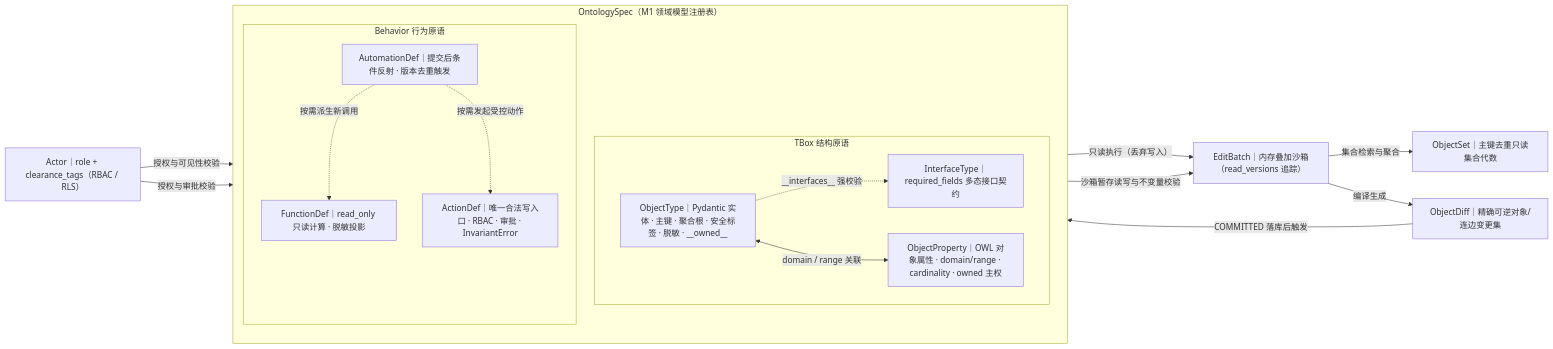
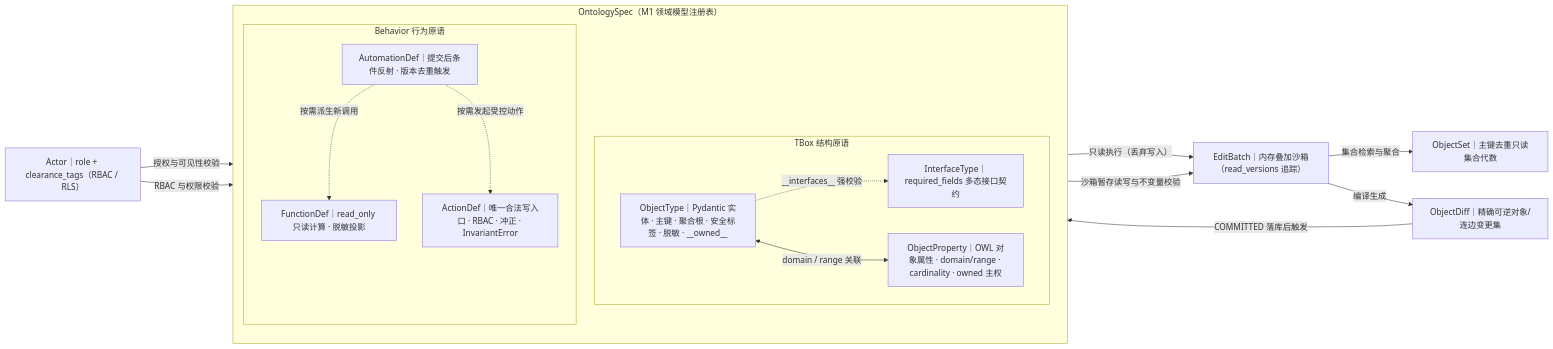
One commit to guci314/openontology changed the second of 3 diagrams in docs/ARCHITECTURE.md. Above: the diagram before and after it, drawn with Mermaid. The commit also changed other lines of this file and 46 other files, not shown here.

````diff
--- a/docs/ARCHITECTURE.md
+++ b/docs/ARCHITECTURE.md
@@ -104,33 +104,33 @@
 ```mermaid
 flowchart LR
     subgraph SPEC["OntologySpec（M1 领域模型注册表）"]
         direction TB
         subgraph TBOX_BOX["TBox 结构原语"]
             OT["ObjectType｜Pydantic 实体 · 主键 · 聚合根 · 安全标签 · 脱敏 · __owned__"]
             IT["InterfaceType｜required_fields 多态接口契约"]
             LT["ObjectProperty｜OWL 对象属性 · domain/range · cardinality · owned 主权"]
             OT -.->|"__interfaces__ 强校验"| IT
             OT <-->|"domain / range 关联"| LT
         end
         subgraph BEHAV_BOX["Behavior 行为原语"]
             FN["FunctionDef｜read_only 只读计算 · 脱敏投影"]
-            ACT["ActionDef｜唯一合法写入口 · RBAC · 审批 · InvariantError"]
+            ACT["ActionDef｜唯一合法写入口 · RBAC · 冲正 · InvariantError"]
             AUTO["AutomationDef｜提交后条件反射 · 版本去重触发"]
         end
     end
 
     ACTOR["Actor｜role + clearance_tags（RBAC / RLS）"]
     BATCH["EditBatch｜内存叠加沙箱（read_versions 追踪）"]
     OSET["ObjectSet｜主键去重只读集合代数"]
     DIFF["ObjectDiff｜精确可逆对象/连边变更集"]
 
     ACTOR -->|"授权与可见性校验"| FN
-    ACTOR -->|"授权与审批校验"| ACT
+    ACTOR -->|"RBAC 与权限校验"| ACT
     FN -->|"只读执行（丢弃写入）"| BATCH
     BATCH -->|"集合检索与聚合"| OSET
     ACT -->|"沙箱暂存读写与不变量校验"| BATCH
     BATCH -->|"编译生成"| DIFF
     DIFF -->|"COMMITTED 落库后触发"| AUTO
     AUTO -.->|"按需派生新调用"| FN
     AUTO -.->|"按需发起受控动作"| ACT
 ```
````
